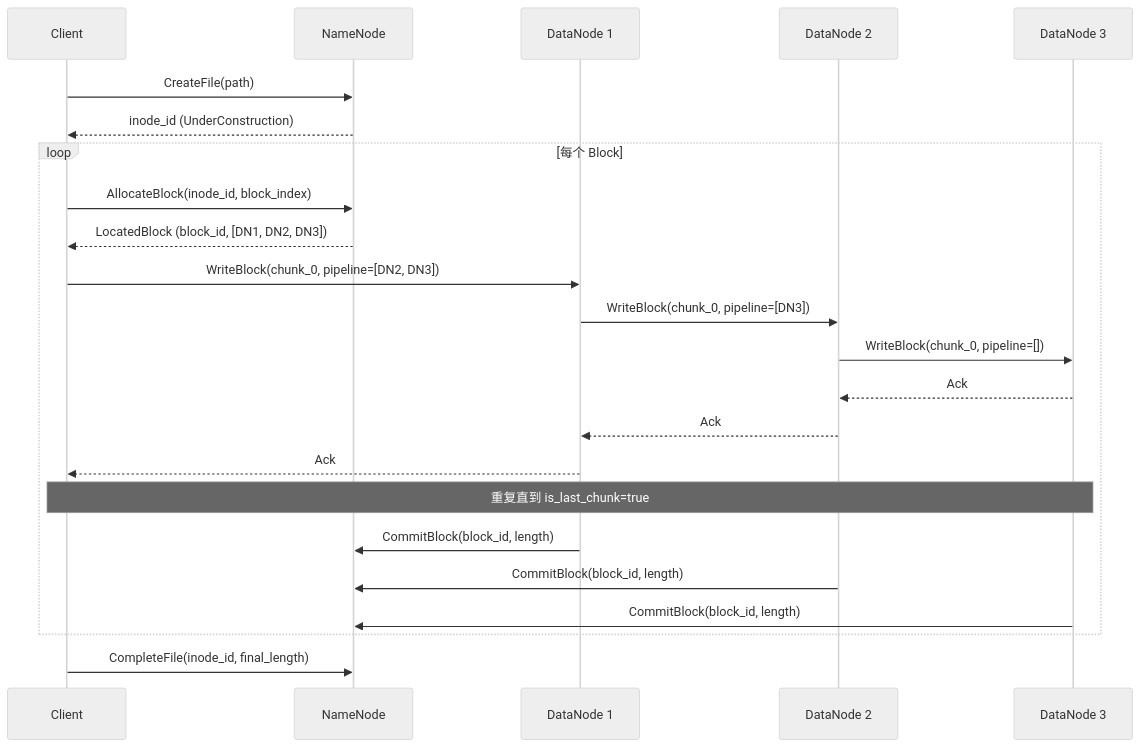
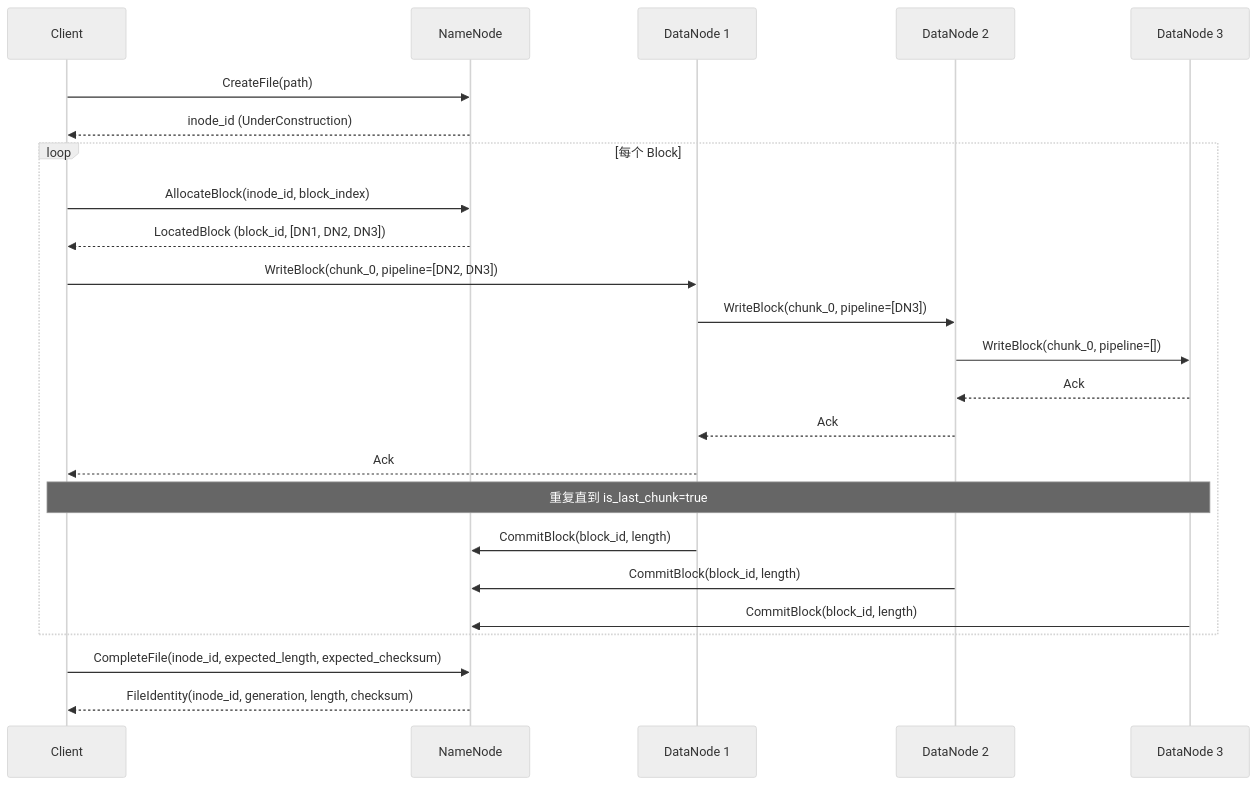
One commit to liubang/playground changed the second of 4 diagrams in cpp/pl/minidfs/docs/architecture.md. Above: the diagram before and after it, drawn with Mermaid (neutral theme). The commit also changed other lines of this file and 60 other files, not shown here.

````diff
--- a/cpp/pl/minidfs/docs/architecture.md
+++ b/cpp/pl/minidfs/docs/architecture.md
@@ -131,31 +132,32 @@
 ```mermaid
 sequenceDiagram
     participant C as Client
     participant NN as NameNode
     participant DN1 as DataNode 1
     participant DN2 as DataNode 2
     participant DN3 as DataNode 3
 
     C->>NN: CreateFile(path)
     NN-->>C: inode_id (UnderConstruction)
 
     loop 每个 Block
         C->>NN: AllocateBlock(inode_id, block_index)
         NN-->>C: LocatedBlock (block_id, [DN1, DN2, DN3])
 
         C->>DN1: WriteBlock(chunk_0, pipeline=[DN2, DN3])
         DN1->>DN2: WriteBlock(chunk_0, pipeline=[DN3])
         DN2->>DN3: WriteBlock(chunk_0, pipeline=[])
         DN3-->>DN2: Ack
         DN2-->>DN1: Ack
         DN1-->>C: Ack
 
         Note over C,DN3: 重复直到 is_last_chunk=true
 
         DN1->>NN: CommitBlock(block_id, length)
         DN2->>NN: CommitBlock(block_id, length)
         DN3->>NN: CommitBlock(block_id, length)
     end
 
-    C->>NN: CompleteFile(inode_id, final_length)
+    C->>NN: CompleteFile(inode_id, expected_length, expected_checksum)
+    NN-->>C: FileIdentity(inode_id, generation, length, checksum)
 ```
````
